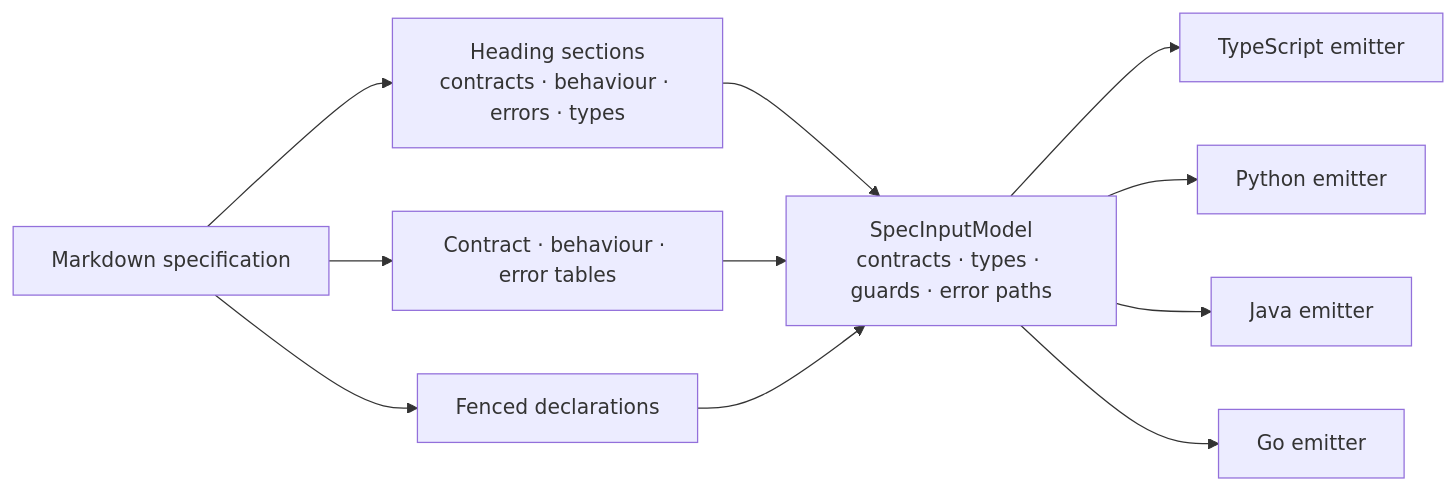
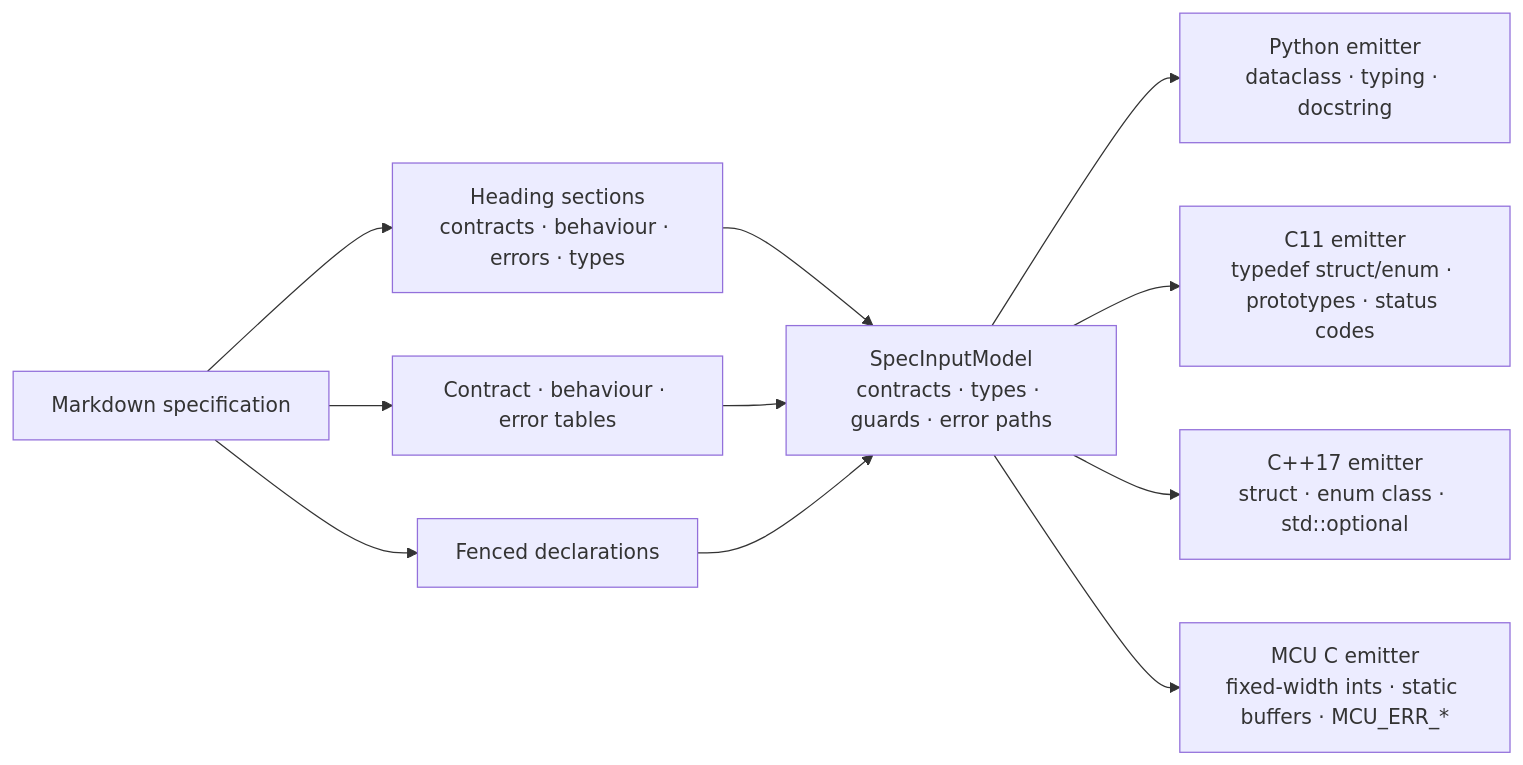
Before and after one commit to HyangDan2/ADOP0001: the fourth of 9 diagrams in ARCHITECTURE.md, drawn with Mermaid. The commit also changed other lines of this file and 27 other files, not shown here.

First line of the commit message:
feat(takane): Python/C/C++/MCU targets, few-shot examples, PC workspace and unified export

````diff
--- a/ARCHITECTURE.md
+++ b/ARCHITECTURE.md
@@ -208,13 +238,13 @@
 ```mermaid
 flowchart LR
   SPEC[Markdown specification] --> HEAD[Heading sections<br/>contracts · behaviour · errors · types]
   SPEC --> TABLE[Contract · behaviour · error tables]
   SPEC --> FENCE[Fenced declarations]
   HEAD --> MODEL[SpecInputModel<br/>contracts · types · guards · error paths]
   TABLE --> MODEL
   FENCE --> MODEL
-  MODEL --> TS[TypeScript emitter]
-  MODEL --> PY[Python emitter]
-  MODEL --> JV[Java emitter]
-  MODEL --> GO[Go emitter]
+  MODEL --> PY[Python emitter<br/>dataclass · typing · docstring]
+  MODEL --> C[C11 emitter<br/>typedef struct/enum · prototypes · status codes]
+  MODEL --> CPP[C++17 emitter<br/>struct · enum class · std::optional]
+  MODEL --> MCU[MCU C emitter<br/>fixed-width ints · static buffers · MCU_ERR_*]
 ```
````
